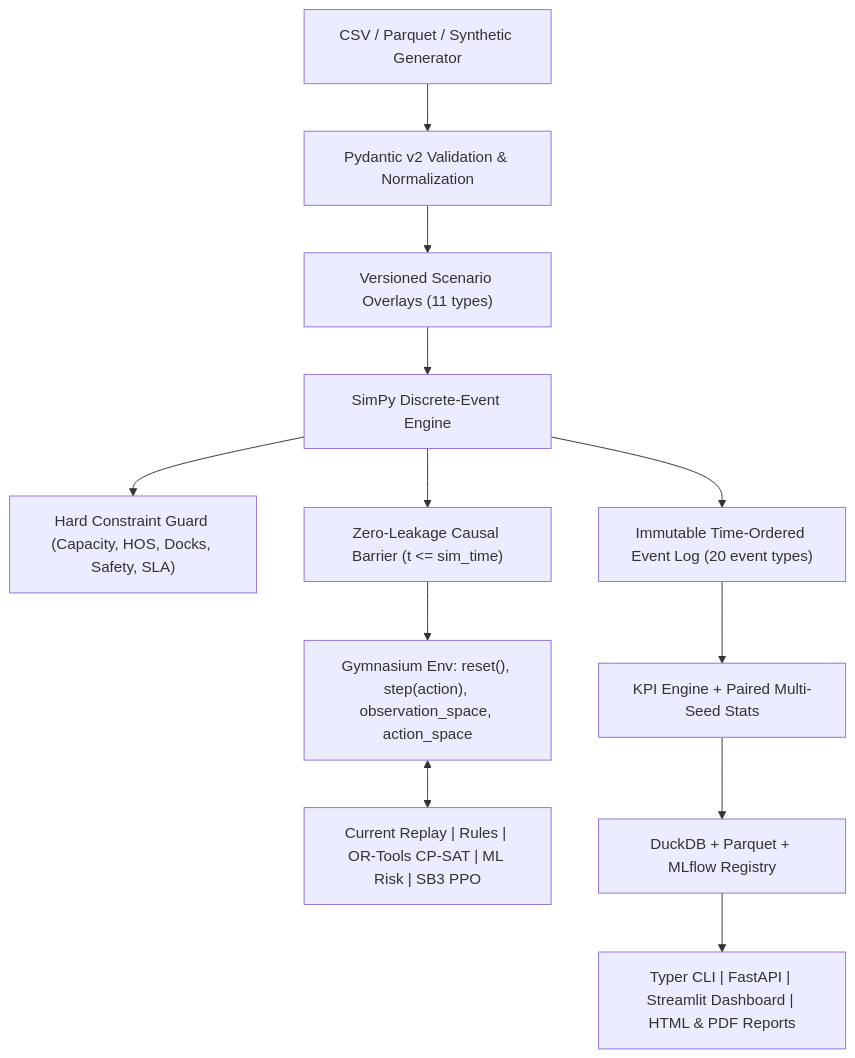
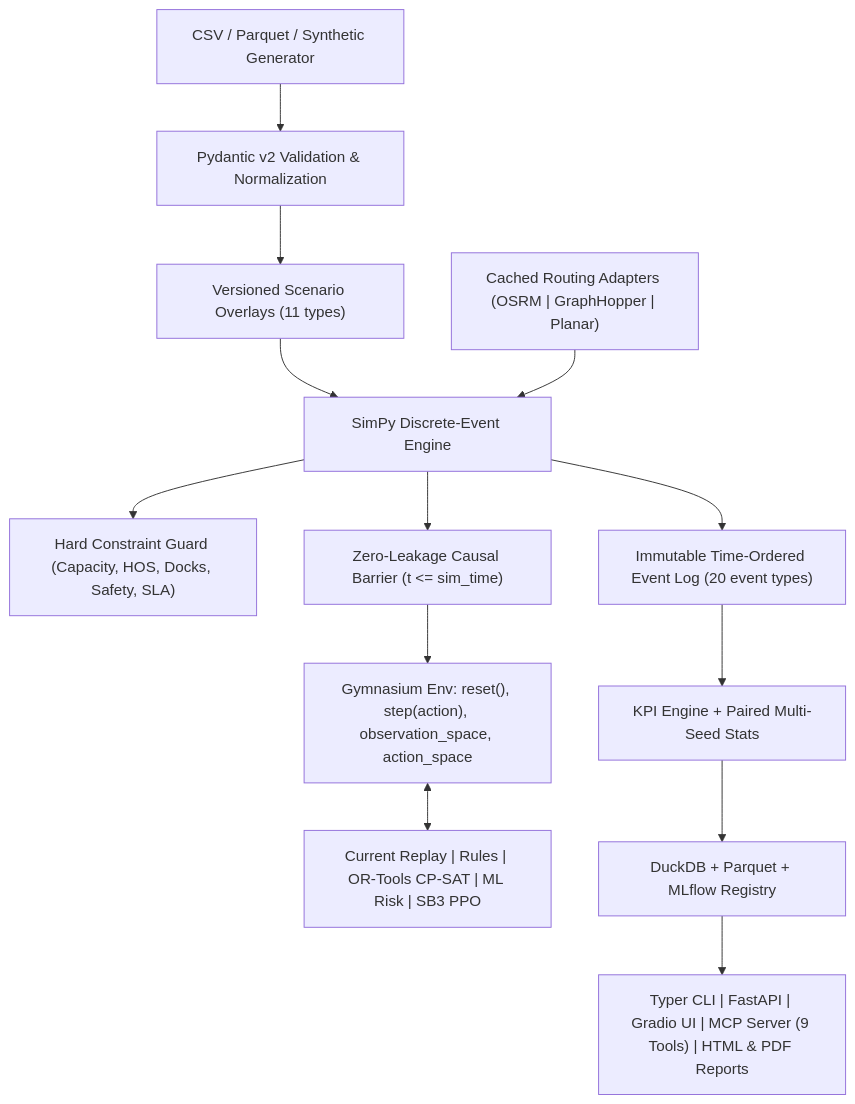
One commit to apchow/logsim changed the diagram in docs/architecture.md. Above: the diagram before and after it, drawn with Mermaid. The commit also changed 12 other files, not shown here.

Commit message:
feat: add cached OSRM/GraphHopper routing adapters and 9-tool MCP server

````diff
--- a/docs/architecture.md
+++ b/docs/architecture.md
@@ -11,14 +11,15 @@
 ```mermaid
 flowchart TD
     Data["CSV / Parquet / Synthetic Generator"] --> Val["Pydantic v2 Validation & Normalization"]
     Val --> Scen["Versioned Scenario Overlays (11 types)"]
     Scen --> Sim["SimPy Discrete-Event Engine"]
     Sim --> Guard["Hard Constraint Guard (Capacity, HOS, Docks, Safety, SLA)"]
     Sim --> Causal["Zero-Leakage Causal Barrier (t <= sim_time)"]
     Sim --> Log["Immutable Time-Ordered Event Log (20 event types)"]
     Causal --> Env["Gymnasium Env: reset(), step(action), observation_space, action_space"]
     Env <--> Policies["Current Replay | Rules | OR-Tools CP-SAT | ML Risk | SB3 PPO"]
     Log --> Eval["KPI Engine + Paired Multi-Seed Stats"]
     Eval --> Reg["DuckDB + Parquet + MLflow Registry"]
-    Reg --> Outputs["Typer CLI | FastAPI | Streamlit Dashboard | HTML & PDF Reports"]
+    Routing["Cached Routing Adapters (OSRM | GraphHopper | Planar)"] --> Sim
+    Reg --> Outputs["Typer CLI | FastAPI | Gradio UI | MCP Server (9 Tools) | HTML & PDF Reports"]
 ```
````
